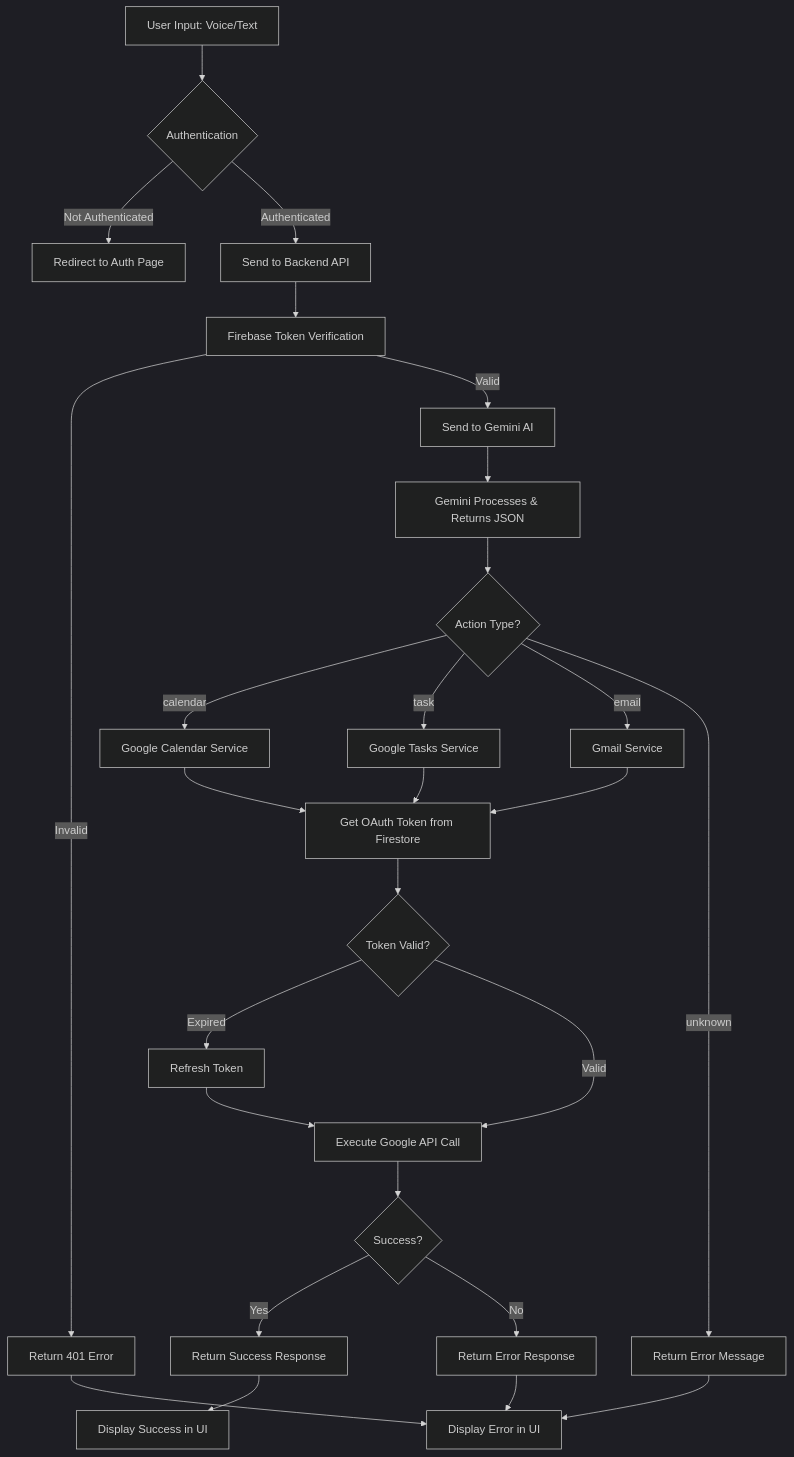
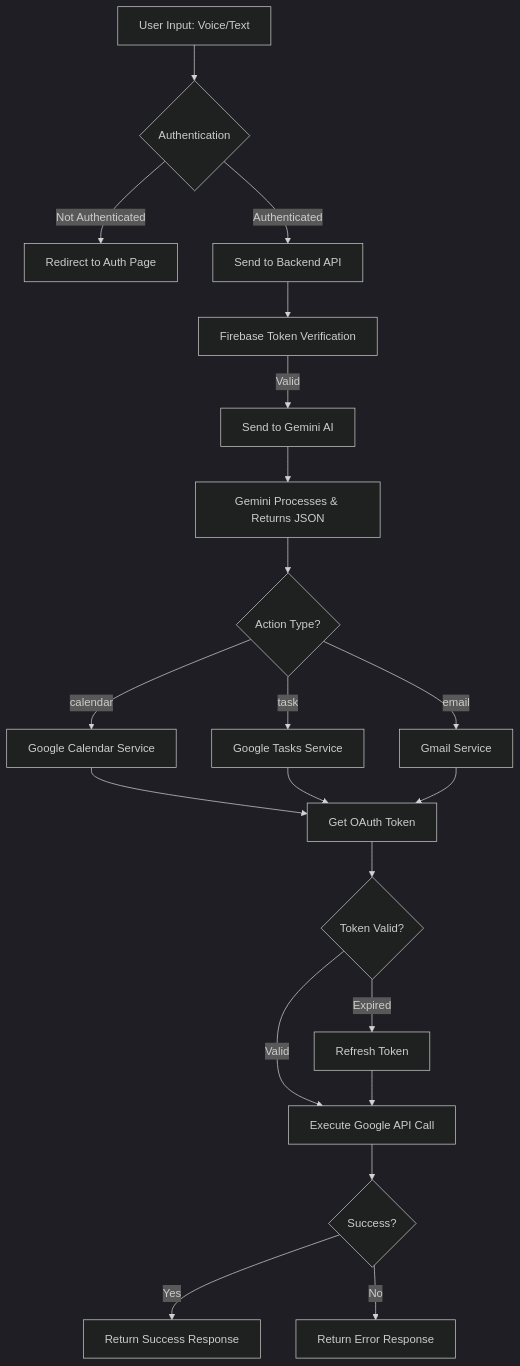
Before and after one commit to Rachitneema03/Voice-Audit: the diagram in README.md, drawn with Mermaid (dark theme). The commit also changed other lines of this file, not shown here.

````diff
--- a/README.md
+++ b/README.md
@@ -194,29 +255,23 @@
 ```mermaid
 flowchart TD
     A[User Input: Voice/Text] --> B{Authentication}
     B -->|Not Authenticated| C[Redirect to Auth Page]
     B -->|Authenticated| D[Send to Backend API]
     D --> E[Firebase Token Verification]
-    E -->|Invalid| F[Return 401 Error]
     E -->|Valid| G[Send to Gemini AI]
     G --> H[Gemini Processes & Returns JSON]
     H --> I{Action Type?}
     I -->|calendar| J[Google Calendar Service]
     I -->|task| K[Google Tasks Service]
     I -->|email| L[Gmail Service]
-    I -->|unknown| M[Return Error Message]
-    J --> N[Get OAuth Token from Firestore]
+    J --> N[Get OAuth Token]
     K --> N
     L --> N
     N --> O{Token Valid?}
     O -->|Expired| P[Refresh Token]
     O -->|Valid| Q[Execute Google API Call]
     P --> Q
     Q --> R{Success?}
     R -->|Yes| S[Return Success Response]
     R -->|No| T[Return Error Response]
-    S --> U[Display Success in UI]
-    T --> V[Display Error in UI]
-    M --> V
-    F --> V
 ```
````
